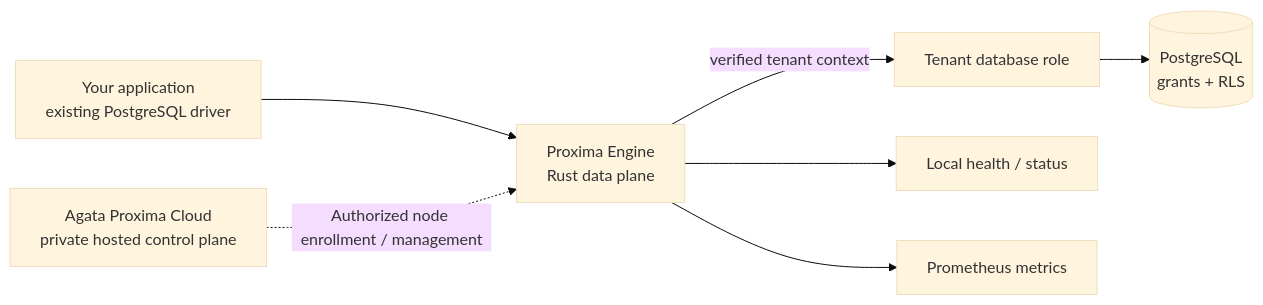
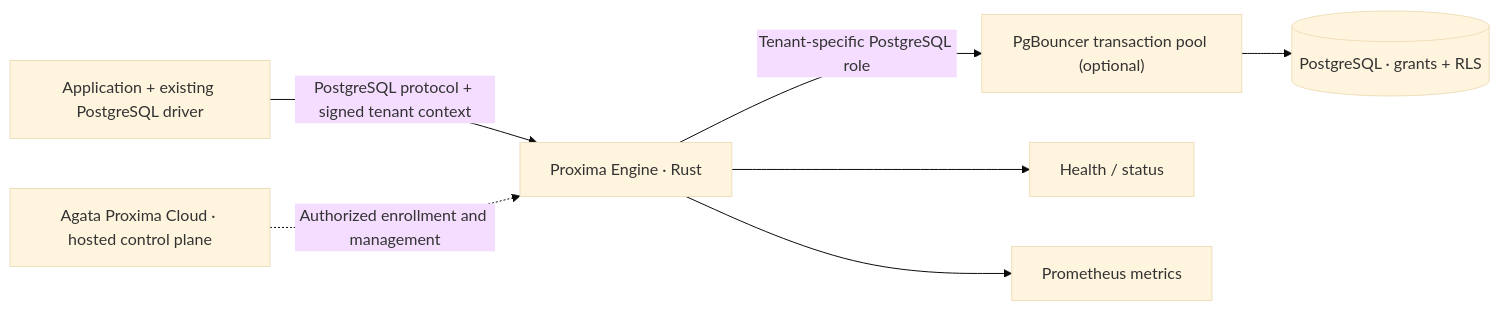
Before and after one commit to Agata-Proxima/proxima-engine: the diagram in README.md, drawn with Mermaid (base theme). The commit also changed other lines of this file and 23 other files, not shown here.

First line of the commit message:
Audit and reorganize Proxima Engine documentation

````diff
--- a/README.md
+++ b/README.md
@@ -35,9 +52,9 @@
 ```mermaid
 flowchart LR
-    U["Your application<br/>existing PostgreSQL driver"] --> E["Proxima Engine<br/>Rust data plane"]
-    E -->|verified tenant context| R["Tenant database role"]
-    R --> P[("PostgreSQL<br/>grants + RLS")]
-    E --> H["Local health / status"]
-    E --> M["Prometheus metrics"]
-    C["Agata Proxima Cloud<br/>private hosted control plane"] -.->|"Authorized node enrollment / management"| E
+  App["Application + existing PostgreSQL driver"] -->|"PostgreSQL protocol + signed tenant context"| Engine["Proxima Engine · Rust"]
+  Engine -->|"Tenant-specific PostgreSQL role"| Pool["PgBouncer transaction pool (optional)"]
+  Pool --> PG[("PostgreSQL · grants + RLS")]
+  Engine --> Health["Health / status"]
+  Engine --> Metrics["Prometheus metrics"]
+  Cloud["Agata Proxima Cloud · hosted control plane"] -.->|"Authorized enrollment and management"| Engine
 ```
````
